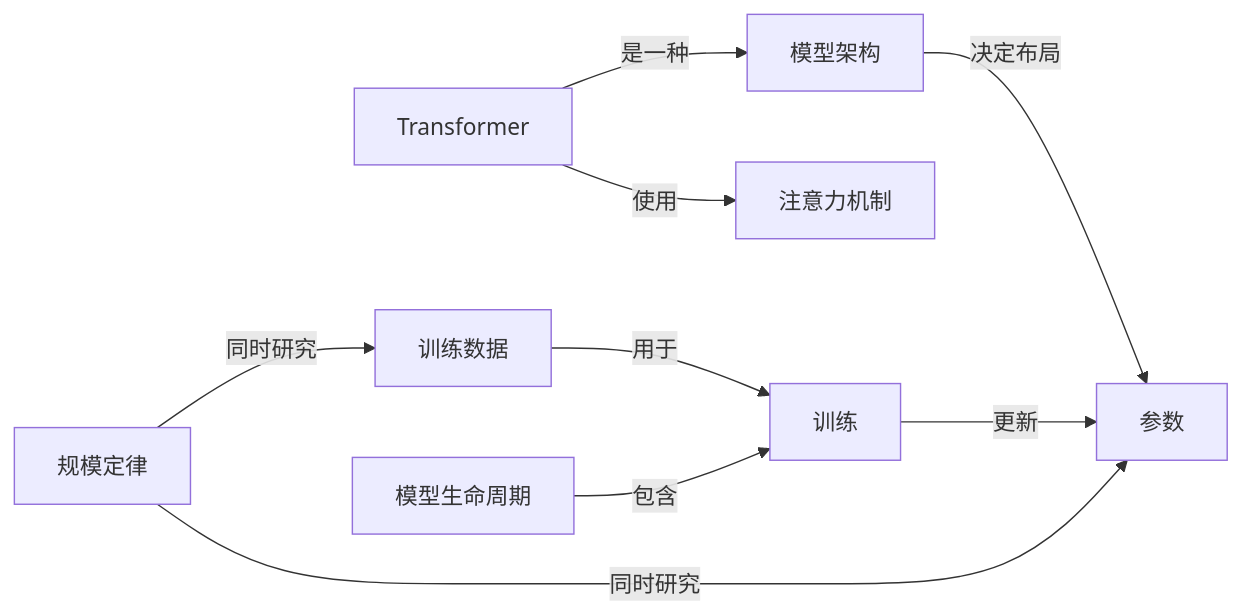
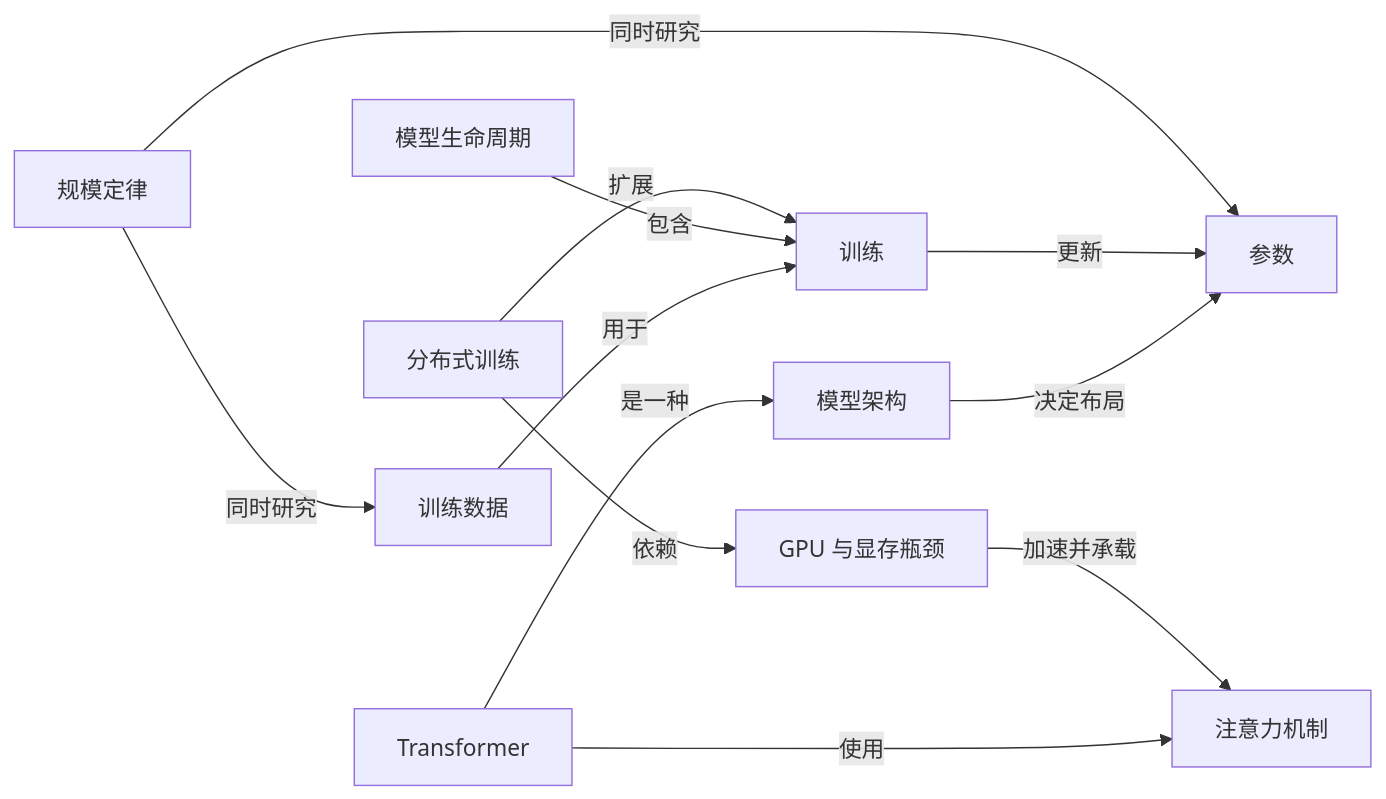
Before and after one commit to z-Zihan/LLM-101: the second of 9 diagrams in 知识网络.md, drawn with Mermaid. The commit also changed other lines of this file and 5 other files, not shown here.

Commit message:
docs: explain gpu bottlenecks and distributed training

````diff
--- a/知识网络.md
+++ b/知识网络.md
@@ -98,19 +100,24 @@
 ```mermaid
 flowchart LR
     n_parameter["参数"]
     n_training_data["训练数据"]
     n_model_lifecycle["模型生命周期"]
     n_architecture["模型架构"]
     n_transformer["Transformer"]
     n_attention["注意力机制"]
     n_training["训练"]
     n_scaling_laws["规模定律"]
+    n_gpu_compute["GPU 与显存瓶颈"]
+    n_distributed_training["分布式训练"]
     n_architecture -->|"决定布局"| n_parameter
     n_transformer -->|"是一种"| n_architecture
     n_training_data -->|"用于"| n_training
     n_training -->|"更新"| n_parameter
     n_model_lifecycle -->|"包含"| n_training
     n_transformer -->|"使用"| n_attention
     n_scaling_laws -->|"同时研究"| n_parameter
     n_scaling_laws -->|"同时研究"| n_training_data
+    n_gpu_compute -->|"加速并承载"| n_attention
+    n_distributed_training -->|"扩展"| n_training
+    n_distributed_training -->|"依赖"| n_gpu_compute
 ```
````
